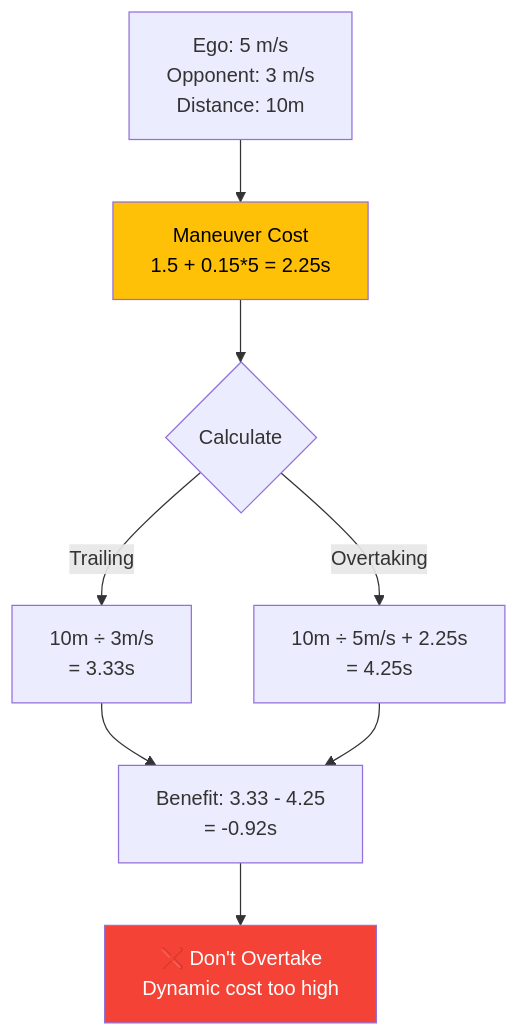
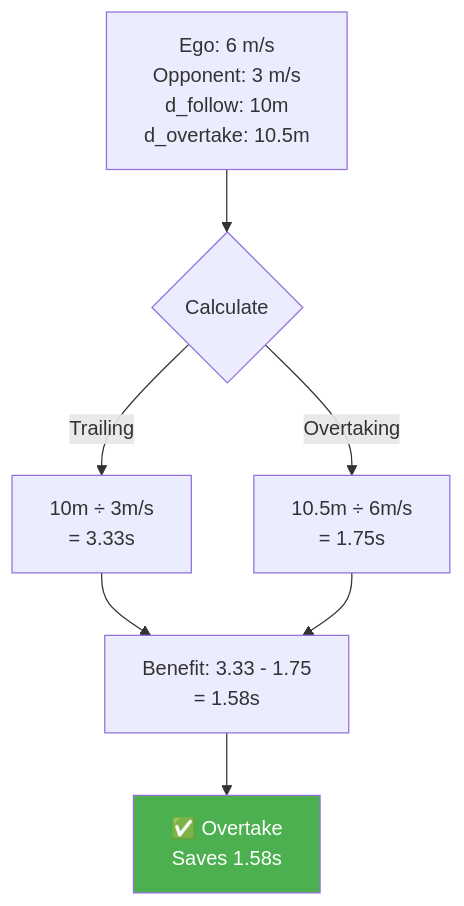
Before and after one commit to kihunsong22/ForzaETH_race_stack: the third of 3 diagrams in docs/251125-package2-implementation.md, drawn with Mermaid. The commit also changed other lines of this file and 5 other files, not shown here.

````diff
--- a/docs/251125-package2-implementation.md
+++ b/docs/251125-package2-implementation.md
@@ -156,12 +172,10 @@
 ```mermaid
 graph TD
-    A[Ego: 5 m/s<br/>Opponent: 3 m/s<br/>Distance: 10m] --> M[Maneuver Cost<br/>1.5 + 0.15*5 = 2.25s]
-    M --> B{Calculate}
+    A[Ego: 6 m/s<br/>Opponent: 3 m/s<br/>d_follow: 10m<br/>d_overtake: 10.5m] --> B{Calculate}
     B -->|Trailing| C[10m ÷ 3m/s<br/>= 3.33s]
-    B -->|Overtaking| D[10m ÷ 5m/s + 2.25s<br/>= 4.25s]
-    C & D --> E[Benefit: 3.33 - 4.25<br/>= -0.92s]
-    E --> F[❌ Don't Overtake<br/>Dynamic cost too high]
+    B -->|Overtaking| D[10.5m ÷ 6m/s<br/>= 1.75s]
+    C & D --> E[Benefit: 3.33 - 1.75<br/>= 1.58s]
+    E --> F[✅ Overtake<br/>Saves 1.58s]
 
-    style F fill:#f44336,color:#fff
-    style M fill:#FFC107,color:#000
+    style F fill:#4CAF50,color:#fff
 ```
````
